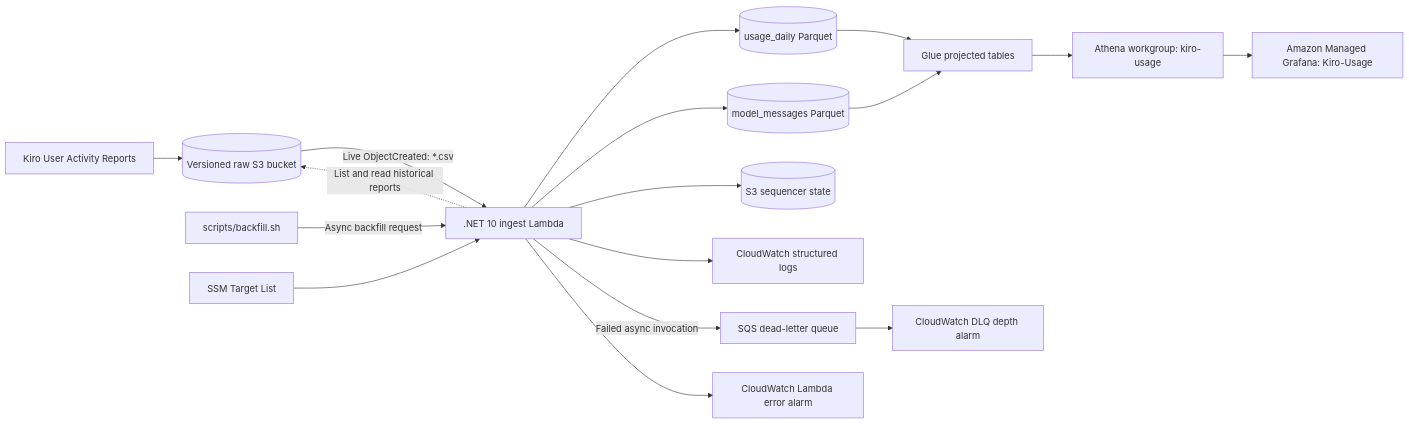
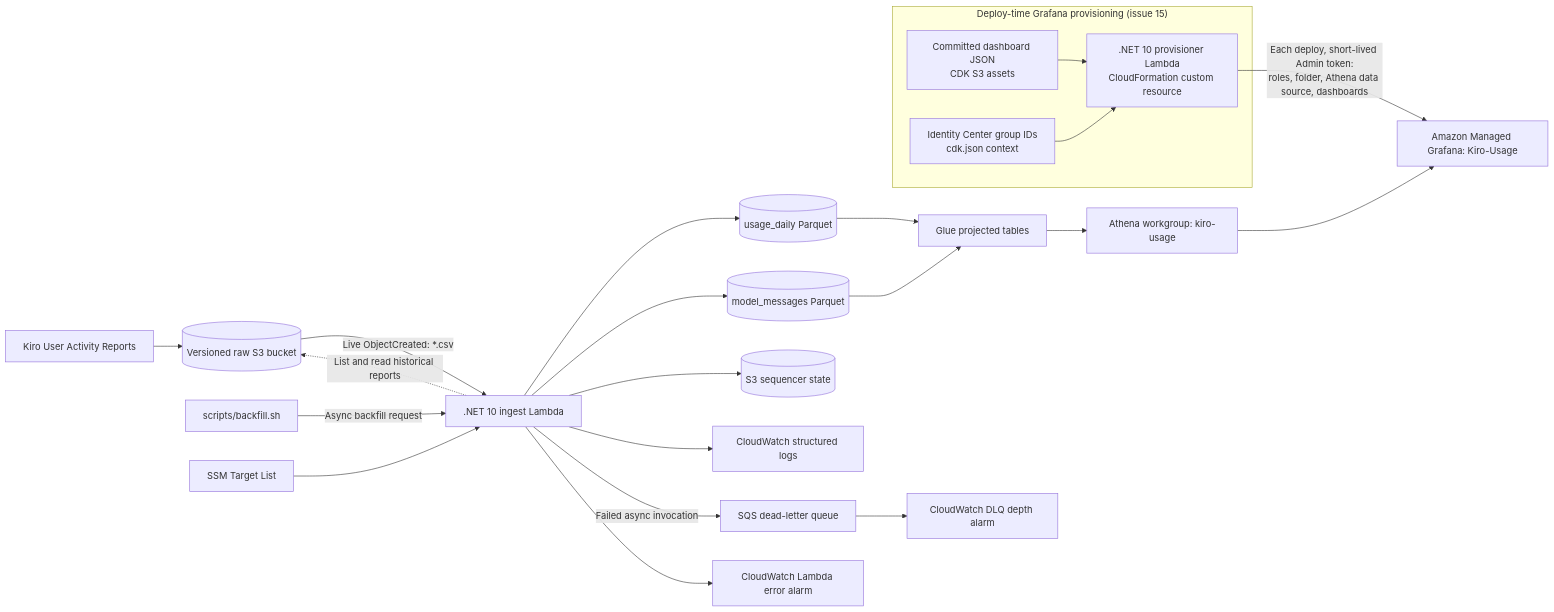
One commit to dwalleck/kiro-usage-pipeline changed the first of 2 diagrams in README.md. Above: the diagram before and after it, drawn with Mermaid. The commit also changed other lines of this file, not shown here.

First line of the commit message:
docs(readme): show Grafana provisioning in the primary architecture

````diff
--- a/README.md
+++ b/README.md
@@ -70,22 +70,28 @@
 ```mermaid
 flowchart LR
     Kiro[Kiro User Activity Reports] --> Raw[(Versioned raw S3 bucket)]
     Raw -->|Live ObjectCreated: *.csv| Lambda[.NET 10 ingest Lambda]
     Backfill[scripts/backfill.sh] -->|Async backfill request| Lambda
     Lambda -.->|List and read historical reports| Raw
     Target[SSM Target List] --> Lambda
 
     Lambda --> Usage[(usage_daily Parquet)]
     Lambda --> Models[(model_messages Parquet)]
     Lambda --> State[(S3 sequencer state)]
     Lambda --> Logs[CloudWatch structured logs]
 
     Usage --> Glue[Glue projected tables]
     Models --> Glue
     Glue --> Athena[Athena workgroup: kiro-usage]
     Athena --> Grafana[Amazon Managed Grafana: Kiro-Usage]
 
     Lambda -->|Failed async invocation| DLQ[SQS dead-letter queue]
     Lambda --> Errors[CloudWatch Lambda error alarm]
     DLQ --> Depth[CloudWatch DLQ depth alarm]
+
+    subgraph Provisioning["Deploy-time Grafana provisioning (issue 15)"]
+        Dashboards[Committed dashboard JSON<br/>CDK S3 assets] --> Provisioner[.NET 10 provisioner Lambda<br/>CloudFormation custom resource]
+        GroupIds[Identity Center group IDs<br/>cdk.json context] --> Provisioner
+    end
+    Provisioner -->|Each deploy, short-lived Admin token:<br/>roles, folder, Athena data source, dashboards| Grafana
 ```
````
